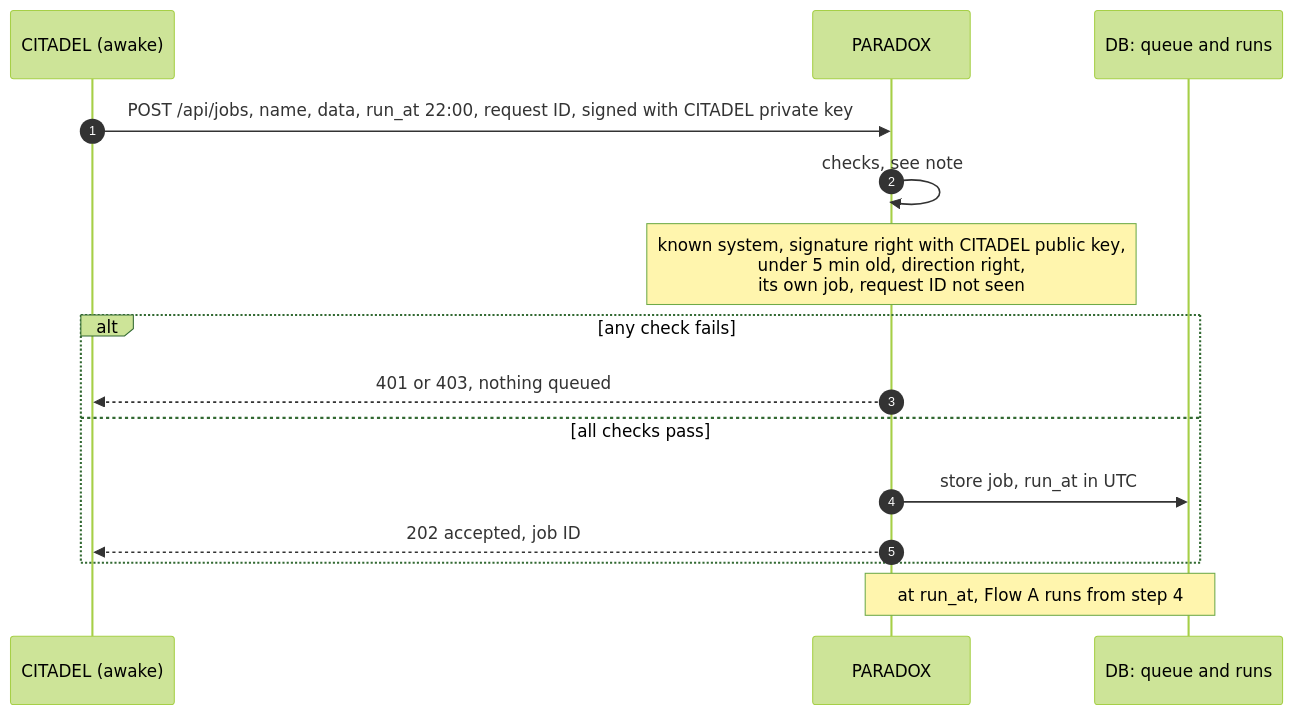
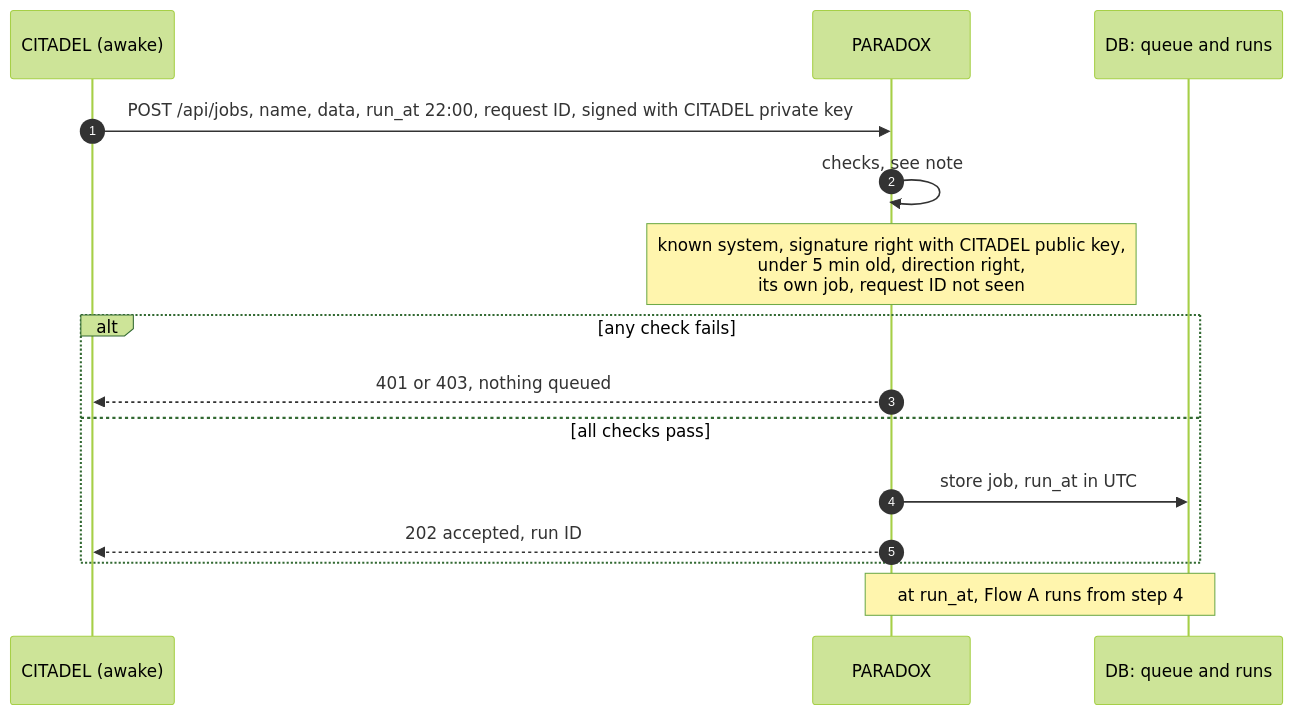
The second of 2 diagrams in docs/how-it-works.md (Rumeasiyan/paradox), drawn with Mermaid (forest theme) before and after one commit. The commit also changed other lines of this file and 5 other files, not shown here.

````diff
--- a/docs/how-it-works.md
+++ b/docs/how-it-works.md
@@ -92,17 +92,17 @@
 ```mermaid
 sequenceDiagram
   autonumber
   participant C as CITADEL (awake)
   participant P as PARADOX
   participant DB as DB: queue and runs
   C->>P: POST /api/jobs, name, data, run_at 22:00, request ID, signed with CITADEL private key
   P->>P: checks, see note
   Note over P: known system, signature right with CITADEL public key,<br/>under 5 min old, direction right,<br/>its own job, request ID not seen
   alt any check fails
     P-->>C: 401 or 403, nothing queued
   else all checks pass
     P->>DB: store job, run_at in UTC
-    P-->>C: 202 accepted, job ID
+    P-->>C: 202 accepted, run ID
   end
   Note over P,DB: at run_at, Flow A runs from step 4
 ```
````
